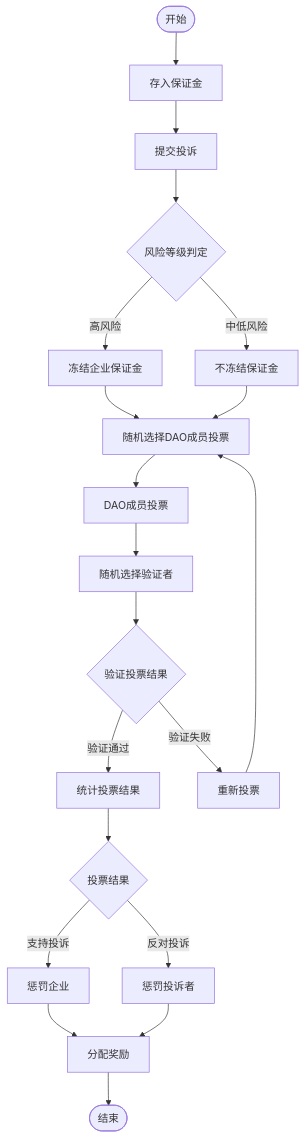
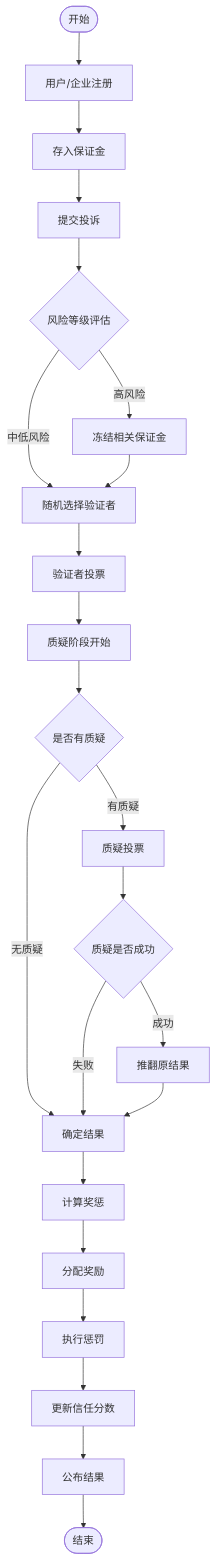
Before and after one commit to varen117/foodguard-contract: the diagram in README.md, drawn with Mermaid. The commit also changed other lines of this file and 23 other files, not shown here.

````diff
--- a/README.md
+++ b/README.md
@@ -17,28 +44,30 @@
 ```mermaid
 flowchart TD
-    Start([开始]) --> A[存入保证金]
-    A --> B[提交投诉]
-    B --> C{风险等级判定}
+    A([开始]) --> B[用户/企业注册]
+    B --> C[存入保证金]
+    C --> D[提交投诉]
+    D --> E{风险等级评估}
     
-    C -->|高风险| D[冻结企业保证金]
-    C -->|中低风险| E[不冻结保证金]
+    E --高风险--> F[冻结相关保证金]
+    E --中低风险--> G[随机选择验证者]
+    F --> G
     
-    D --> F[随机选择DAO成员投票]
-    E --> F
+    G --> H[验证者投票]
+    H --> I[质疑阶段开始]
+    I --> J{是否有质疑}
     
-    F --> G[DAO成员投票]
-    G --> H[随机选择验证者]
-    H --> I{验证投票结果}
+    J --有质疑--> K[质疑投票]
+    J --无质疑--> L[确定结果]
+    K --> M{质疑是否成功}
     
-    I -->|验证通过| J[统计投票结果]
-    I -->|验证失败| K[重新投票]
-    K --> F
+    M --成功--> N[推翻原结果]
+    M --失败--> L
+    N --> L
     
-    J --> L{投票结果}
-    L -->|支持投诉| M[惩罚企业]
-    L -->|反对投诉| N[惩罚投诉者]
-    
-    M --> O[分配奖励]
-    N --> O
-    O --> End([结束])
+    L --> O[计算奖惩]
+    O --> P[分配奖励]
+    P --> Q[执行惩罚]
+    Q --> R[更新信任分数]
+    R --> S[公布结果]
+    S --> T([结束])
 ```
````
